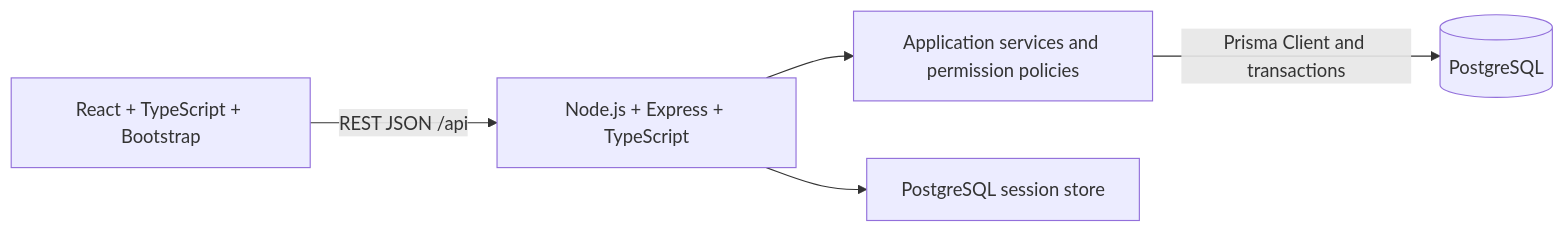
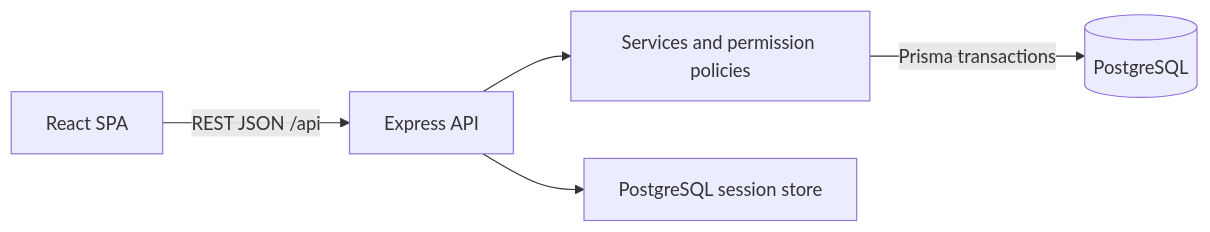
The first of 2 diagrams in docs/system-sds.md (jetanin/LoungCheu), drawn with Mermaid before and after one commit. The commit also changed other lines of this file, not shown here.

Commit message:
docs(sds): formalize system architecture, planned layout, and api error contracts

````diff
--- a/docs/system-sds.md
+++ b/docs/system-sds.md
@@ -20,7 +17,7 @@
 ```mermaid
 flowchart LR
-    U[React + TypeScript + Bootstrap] -->|REST JSON /api| A[Node.js + Express + TypeScript]
-    A --> S[Application services and permission policies]
-    S -->|Prisma Client and transactions| D[(PostgreSQL)]
+    U[React SPA] -->|REST JSON /api| A[Express API]
+    A --> S[Services and permission policies]
+    S -->|Prisma transactions| D[(PostgreSQL)]
     A --> X[PostgreSQL session store]
 ```
````
